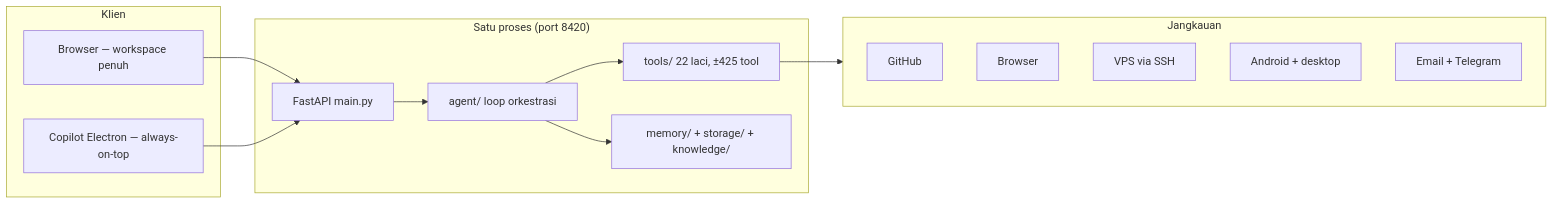
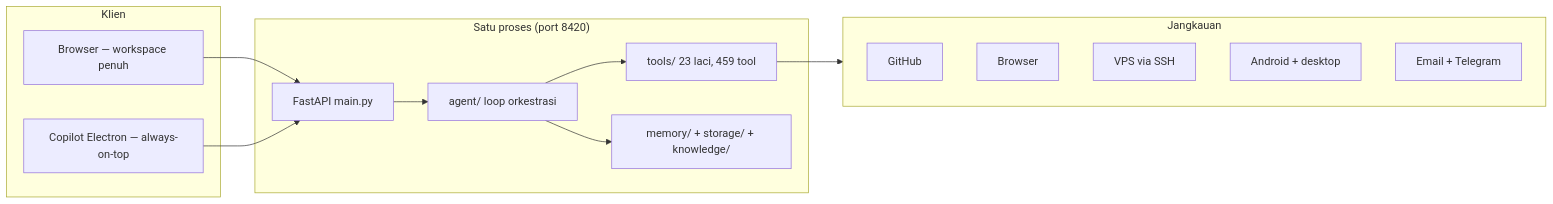
The diagram in id/architecture/overview.md (engrix/engrix-agent-docs), drawn with Mermaid before and after one commit. The commit also changed other lines of this file and 13 other files, not shown here.

````diff
--- a/id/architecture/overview.md
+++ b/id/architecture/overview.md
@@ -44,26 +44,26 @@
 ```mermaid
 flowchart LR
     subgraph clients["Klien"]
         B["Browser — workspace penuh"]
         D["Copilot Electron — always-on-top"]
     end
     subgraph engine["Satu proses (port 8420)"]
         M["FastAPI main.py"]
         A["agent/ loop orkestrasi"]
-        T["tools/ 22 laci, ±425 tool"]
+        T["tools/ 23 laci, 459 tool"]
         MEM["memory/ + storage/ + knowledge/"]
     end
     subgraph externals["Jangkauan"]
         GH["GitHub"]
         BR["Browser"]
         VP["VPS via SSH"]
         DV["Android + desktop"]
         EM["Email + Telegram"]
     end
     B --> M
     D --> M
     M --> A
     A --> T
     A --> MEM
     T --> externals
 ```
````
